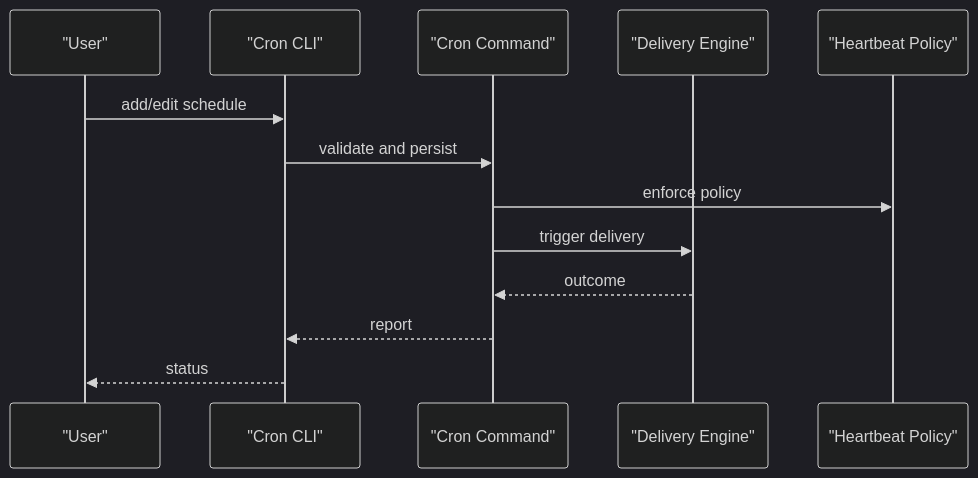
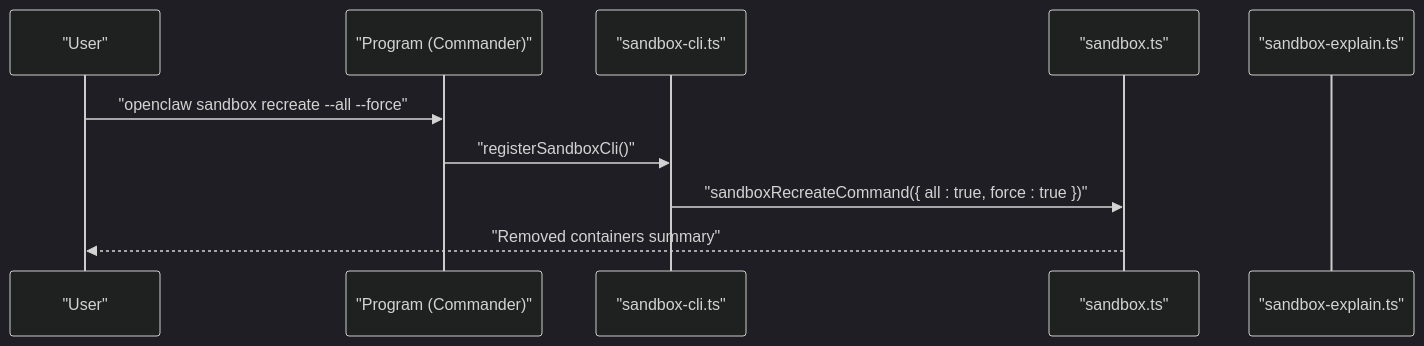
Before and after one commit to botx-work/OpenClaw-Internals: the fourth of 6 diagrams in repowiki/en/content/CLI Interface/Utility Commands.md, drawn with Mermaid (dark theme). The commit also changed other lines of this file and 332 other files, not shown here.

````diff
--- a/repowiki/en/content/CLI Interface/Utility Commands.md
+++ b/repowiki/en/content/CLI Interface/Utility Commands.md
@@ -330,15 +178,12 @@
 ```mermaid
 sequenceDiagram
 participant U as "User"
-participant CLI as "Cron CLI"
-participant CMD as "Cron Command"
-participant Del as "Delivery Engine"
-participant HB as "Heartbeat Policy"
-U->>CLI : add/edit schedule
-CLI->>CMD : validate and persist
-CMD->>HB : enforce policy
-CMD->>Del : trigger delivery
-Del-->>CMD : outcome
-CMD-->>CLI : report
-CLI-->>U : status
+participant P as "Program (Commander)"
+participant SC as "sandbox-cli.ts"
+participant CMD as "sandbox.ts"
+participant EX as "sandbox-explain.ts"
+U->>P : "openclaw sandbox recreate --all --force"
+P->>SC : "registerSandboxCli()"
+SC->>CMD : "sandboxRecreateCommand({ all : true, force : true })"
+CMD-->>U : "Removed containers summary"
 ```
````
